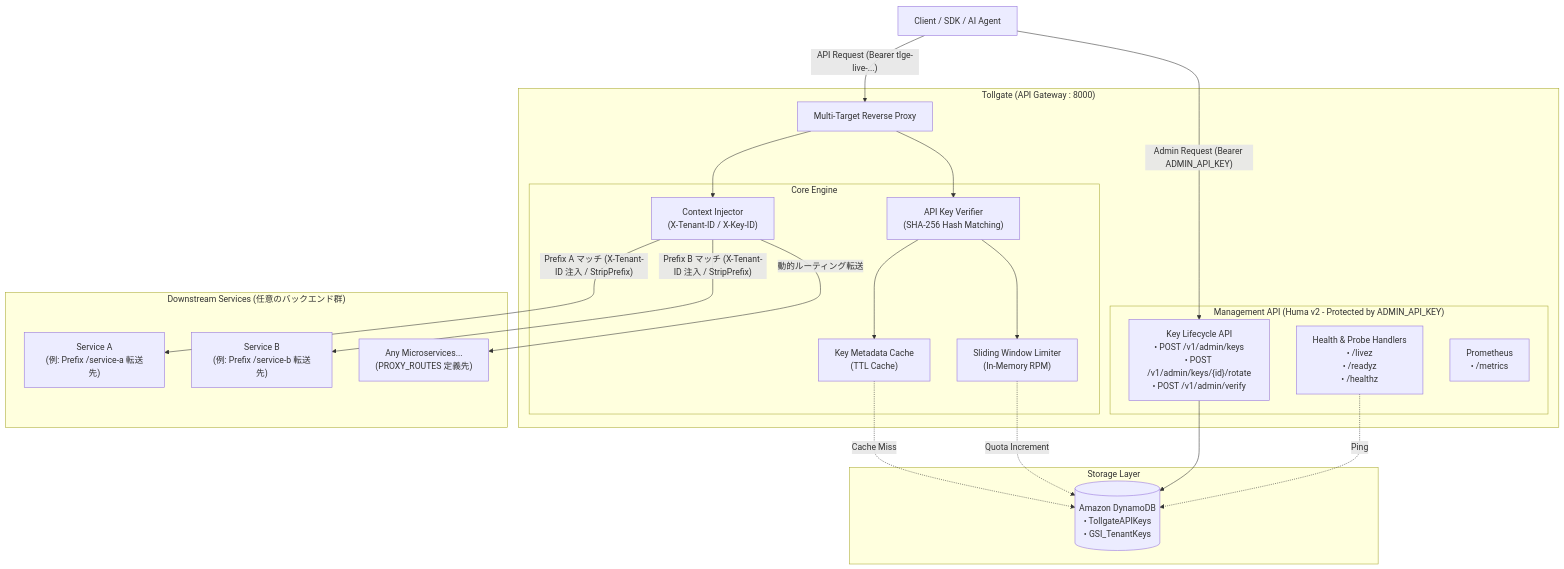
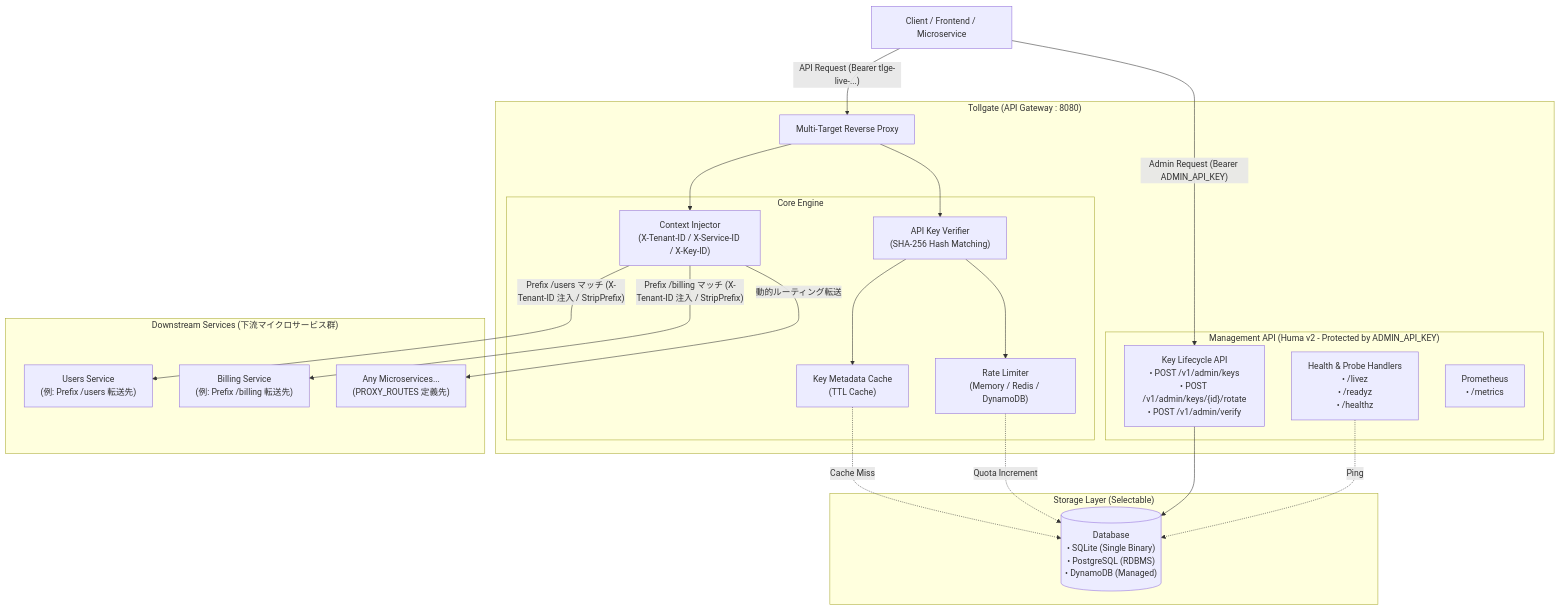
Before and after one commit to northfieldzz/tollgate: the diagram in README.md, drawn with Mermaid. The commit also changed other lines of this file and 1 other file, not shown here.

Commit message:
docs: add backend integration guide and update README

````diff
--- a/README.md
+++ b/README.md
@@ -80,51 +80,51 @@
 ```mermaid
 flowchart TD
-    Client["Client / SDK / AI Agent"]
+    Client["Client / Frontend / Microservice"]
     
-    subgraph TollgateCluster ["Tollgate (API Gateway : 8000)"]
+    subgraph TollgateCluster ["Tollgate (API Gateway : 8080)"]
         PROXY["Multi-Target Reverse Proxy"]
         
         subgraph Engine ["Core Engine"]
             VERIFY["API Key Verifier<br/>(SHA-256 Hash Matching)"]
-            LIMITER["Sliding Window Limiter<br/>(In-Memory RPM)"]
+            LIMITER["Rate Limiter<br/>(Memory / Redis / DynamoDB)"]
             CACHE["Key Metadata Cache<br/>(TTL Cache)"]
-            HEADER_INJECT["Context Injector<br/>(X-Tenant-ID / X-Key-ID)"]
+            HEADER_INJECT["Context Injector<br/>(X-Tenant-ID / X-Service-ID / X-Key-ID)"]
         end
 
         subgraph ManagementAPI ["Management API (Huma v2 - Protected by ADMIN_API_KEY)"]
             KEY_MGMT["Key Lifecycle API<br/>• POST /v1/admin/keys<br/>• POST /v1/admin/keys/{id}/rotate<br/>• POST /v1/admin/verify"]
             HEALTH["Health & Probe Handlers<br/>• /livez<br/>• /readyz<br/>• /healthz"]
             METRICS["Prometheus<br/>• /metrics"]
         end
     end
 
-    subgraph Storage ["Storage Layer"]
-        DDB[("Amazon DynamoDB<br/>• TollgateAPIKeys<br/>• GSI_TenantKeys")]
+    subgraph Storage ["Storage Layer (Selectable)"]
+        DB[("Database<br/>• SQLite (Single Binary)<br/>• PostgreSQL (RDBMS)<br/>• DynamoDB (Managed)")]
     end
 
-    subgraph Downstream ["Downstream Services (任意のバックエンド群)"]
-        SVC_A["Service A<br/>(例: Prefix /service-a 転送先)"]
-        SVC_B["Service B<br/>(例: Prefix /service-b 転送先)"]
+    subgraph Downstream ["Downstream Services (下流マイクロサービス群)"]
+        SVC_A["Users Service<br/>(例: Prefix /users 転送先)"]
+        SVC_B["Billing Service<br/>(例: Prefix /billing 転送先)"]
         SVC_N["Any Microservices...<br/>(PROXY_ROUTES 定義先)"]
     end
 
     %% Client flows
     Client -->|"API Request (Bearer tlge-live-...)"| PROXY
     Client -->|"Admin Request (Bearer ADMIN_API_KEY)"| KEY_MGMT
 
     %% Internal Tollgate flows
     PROXY --> VERIFY
     VERIFY --> CACHE
-    CACHE -.->|"Cache Miss"| DDB
+    CACHE -.->|"Cache Miss"| DB
     VERIFY --> LIMITER
-    LIMITER -.->|"Quota Increment"| DDB
+    LIMITER -.->|"Quota Increment"| DB
     PROXY --> HEADER_INJECT
 
     %% Forwarding
-    HEADER_INJECT -->|"Prefix A マッチ (X-Tenant-ID 注入 / StripPrefix)"| SVC_A
-    HEADER_INJECT -->|"Prefix B マッチ (X-Tenant-ID 注入 / StripPrefix)"| SVC_B
+    HEADER_INJECT -->|"Prefix /users マッチ (X-Tenant-ID 注入 / StripPrefix)"| SVC_A
+    HEADER_INJECT -->|"Prefix /billing マッチ (X-Tenant-ID 注入 / StripPrefix)"| SVC_B
     HEADER_INJECT -->|"動的ルーティング転送"| SVC_N
 
-    KEY_MGMT --> DDB
-    HEALTH -.->|"Ping"| DDB
+    KEY_MGMT --> DB
+    HEALTH -.->|"Ping"| DB
 ```
````
